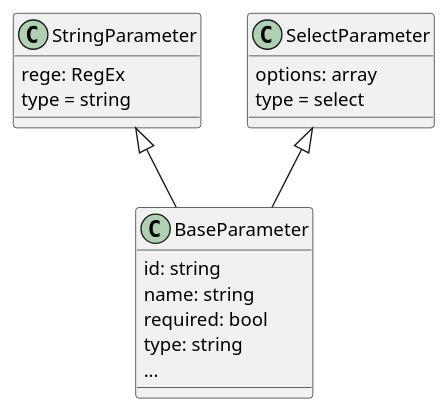
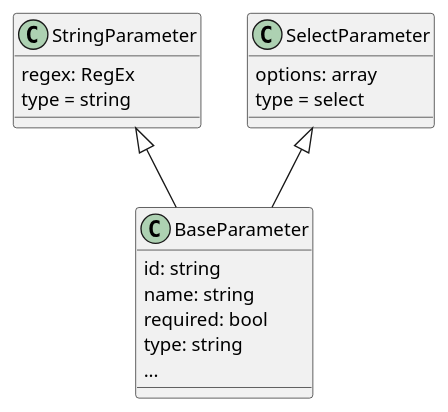
The fourth of 8 diagrams in doc/design/design.md (exasol/extension-manager), drawn with PlantUML before and after one commit. The commit also changed other lines of this file, not shown here.

Commit message:
Apply suggestions from code review

````diff
--- a/doc/design/design.md
+++ b/doc/design/design.md
@@ -105,22 +105,22 @@
 ```plantuml
 class BaseParameter{
   id: string
   name: string
   required: bool
   type: string
   ...
 }
 
 class StringParameter{
-  rege: RegEx
+  regex: RegEx
   type = string
 }
 
 class SelectParameter{
   options: array
   type = select
 }
 
 StringParameter <|-- BaseParameter
 SelectParameter <|-- BaseParameter
 ```
````
